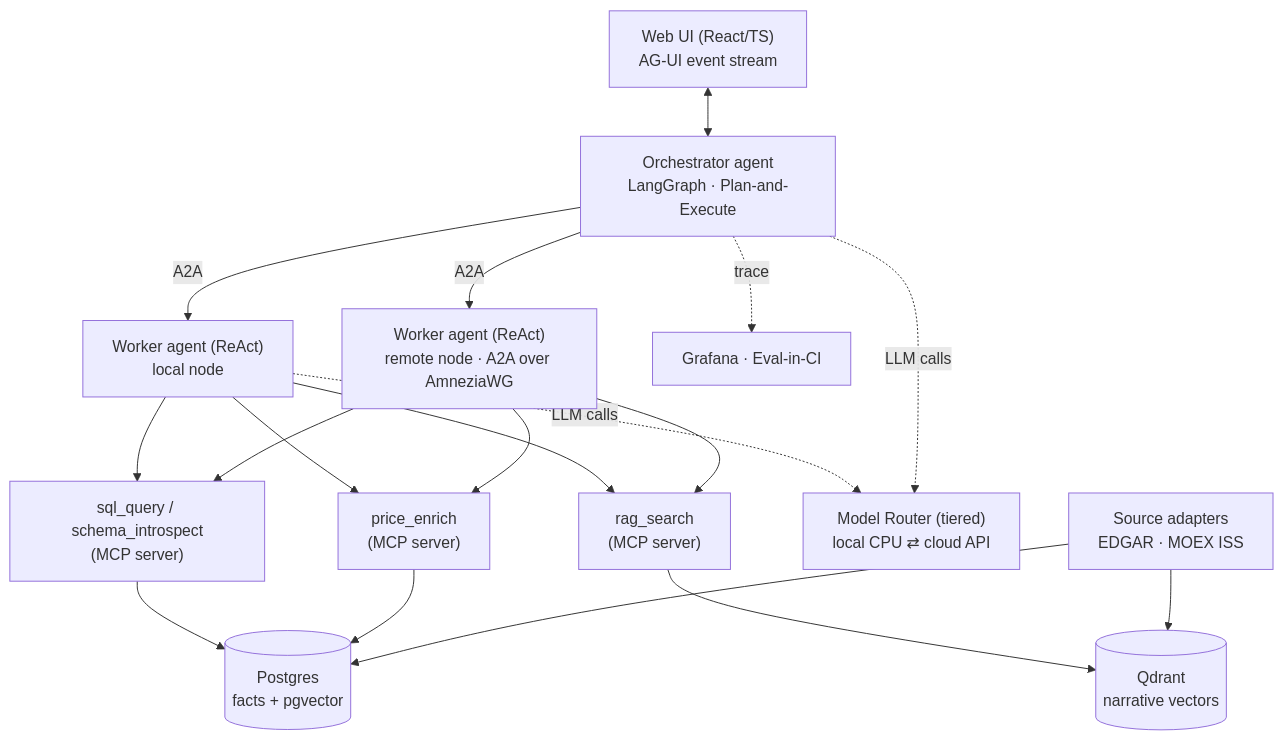
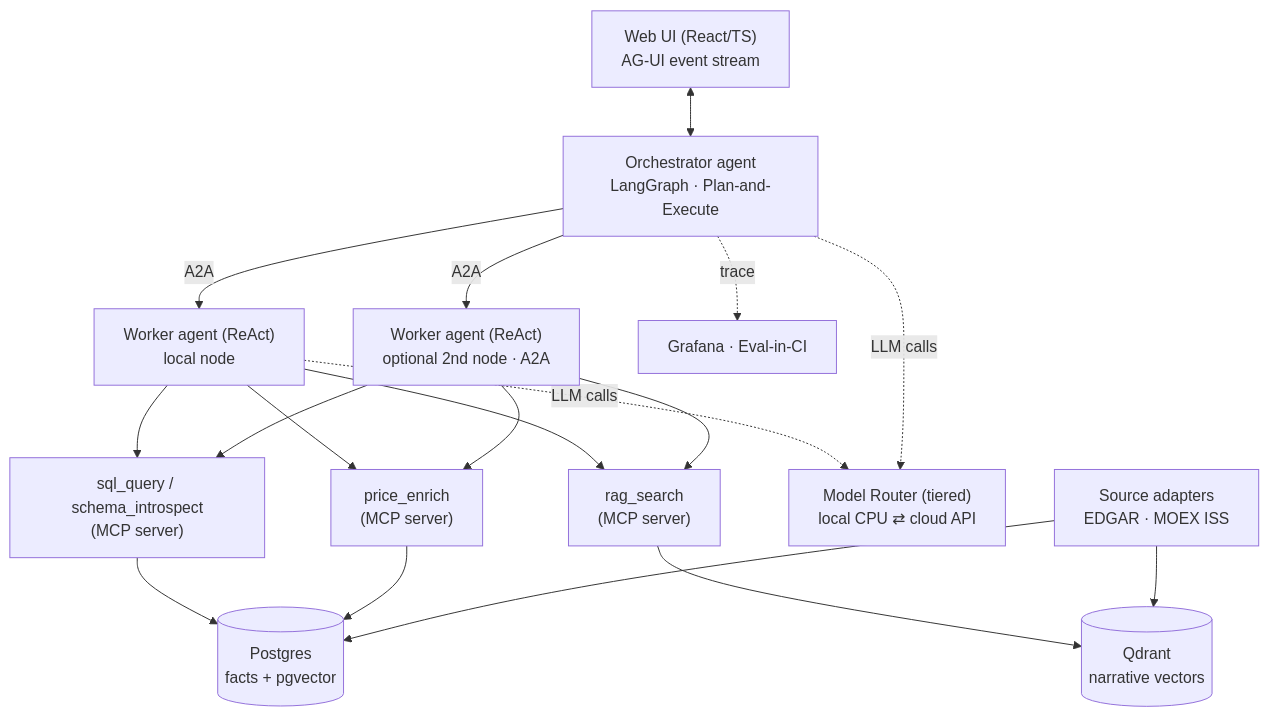
Before and after one commit to zzlawlzz/ledgerlens: the diagram in README.md, drawn with Mermaid. The commit also changed other lines of this file and 2 other files, not shown here.

First line of the commit message:
docs: rework topology for the workstation demo (retire EPYC/two-node/CF)

````diff
--- a/README.md
+++ b/README.md
@@ -28,28 +28,28 @@
 ```mermaid
 flowchart TB
     UI["Web UI (React/TS)<br/>AG-UI event stream"]
     ORCH["Orchestrator agent<br/>LangGraph · Plan-and-Execute"]
     W1["Worker agent (ReAct)<br/>local node"]
-    W2["Worker agent (ReAct)<br/>remote node · A2A over AmneziaWG"]
+    W2["Worker agent (ReAct)<br/>optional 2nd node · A2A"]
     SQL["sql_query / schema_introspect<br/>(MCP server)"]
     RAG["rag_search<br/>(MCP server)"]
     ENR["price_enrich<br/>(MCP server)"]
     ROUTER["Model Router (tiered)<br/>local CPU ⇄ cloud API"]
     PG[("Postgres<br/>facts + pgvector")]
     QD[("Qdrant<br/>narrative vectors")]
     ADP["Source adapters<br/>EDGAR · MOEX ISS"]
     OBS["Grafana · Eval-in-CI"]
 
     UI <--> ORCH
     ORCH -- A2A --> W1
     ORCH -- A2A --> W2
     W1 --> SQL & RAG & ENR
     W2 --> SQL & RAG & ENR
     W1 -. LLM calls .-> ROUTER
     ORCH -. LLM calls .-> ROUTER
     SQL --> PG
     RAG --> QD
     ENR --> PG
     ADP --> PG & QD
     ORCH -. trace .-> OBS
 ```
````
